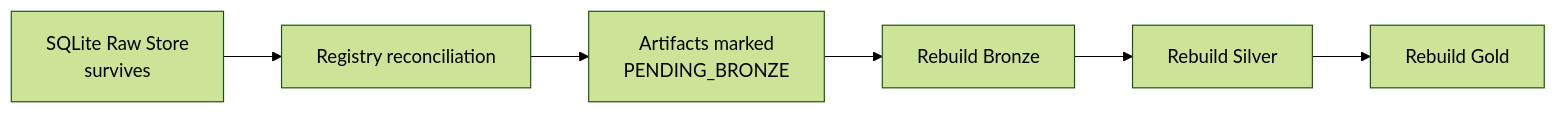
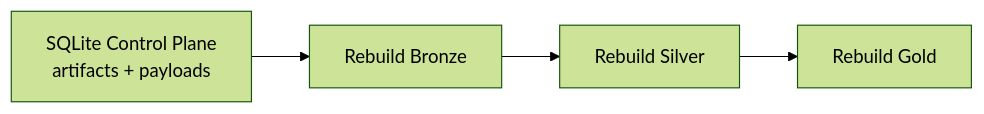
Before and after one commit to tks18/personal-finance-etl: the fourth of 5 diagrams in docs/architecture/system-architecture.md, drawn with Mermaid (forest theme). The commit also changed other lines of this file and 5 other files, not shown here.

Commit message:
docs: refactor architecture docs to reflect recent changes

````diff
--- a/docs/architecture/system-architecture.md
+++ b/docs/architecture/system-architecture.md
@@ -922,8 +659,6 @@
 ```mermaid
 flowchart LR
-    RAW["SQLite Raw Store<br/>survives"] --> DETECT["Registry reconciliation"]
-    DETECT --> PEND["Artifacts marked<br/>PENDING_BRONZE"]
-    PEND --> BR["Rebuild Bronze"]
-    BR --> SI["Rebuild Silver"]
-    SI --> GO["Rebuild Gold"]
+    RAW["SQLite Control Plane<br/>artifacts + payloads"] --> BR["Rebuild Bronze"]
+    BR --> SIL["Rebuild Silver"]
+    SIL --> GOLD["Rebuild Gold"]
 ```
````
